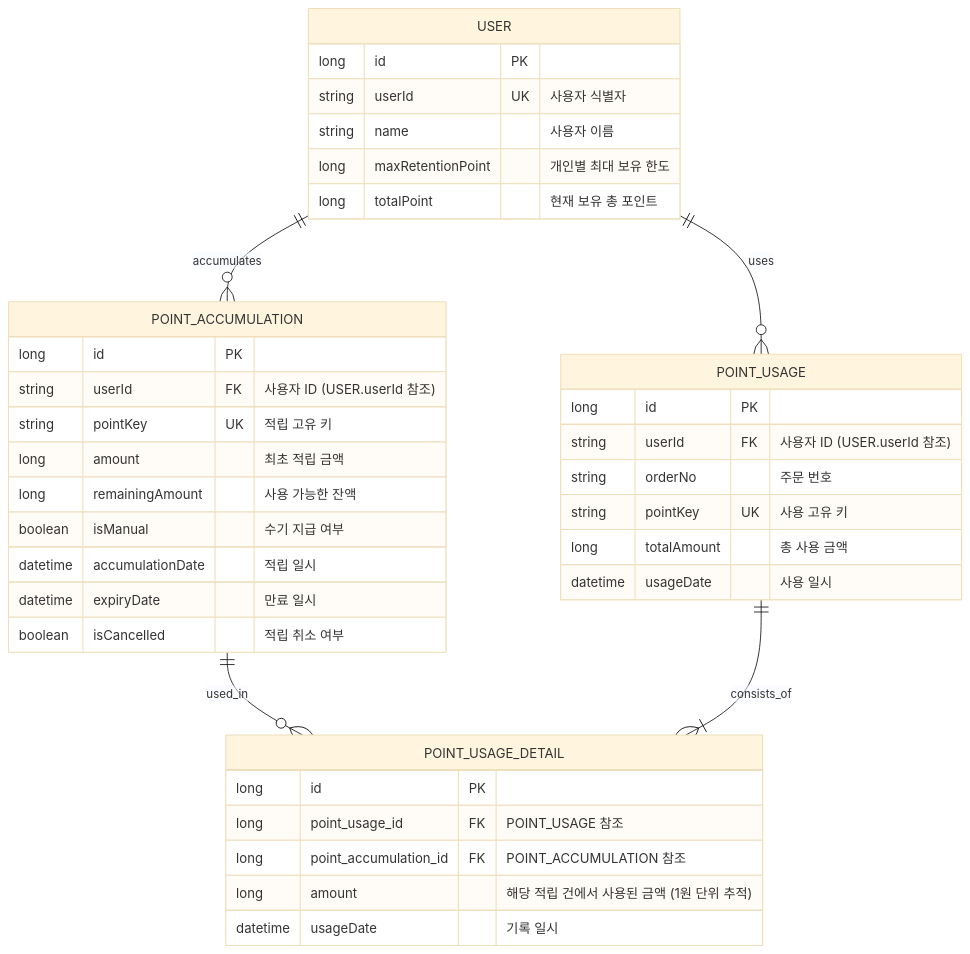
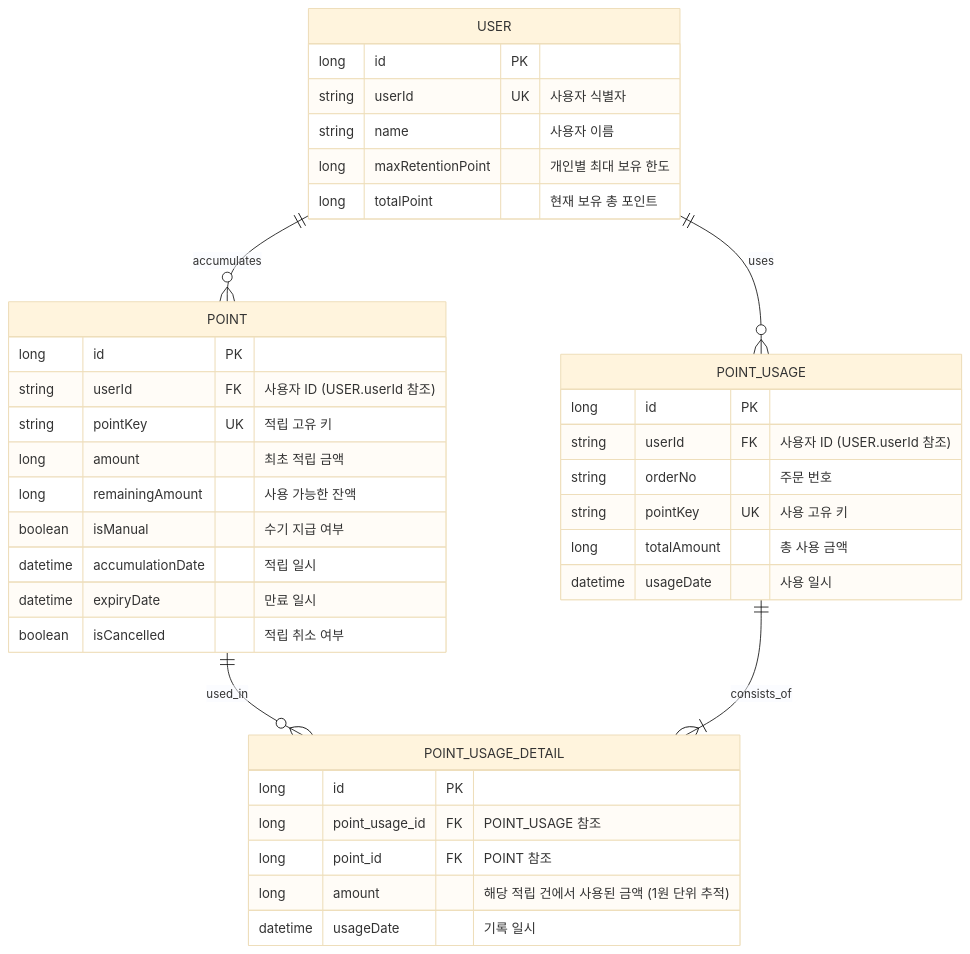
Before and after one commit to muzzaiwork/point: the diagram in docs/erd.md, drawn with Mermaid (base theme). The commit also changed other lines of this file and 8 other files, not shown here.

Commit message:
Rename PointAccumulation to Point and update related references

````diff
--- a/docs/erd.md
+++ b/docs/erd.md
@@ -5,44 +5,44 @@
 ```mermaid
 erDiagram
-    USER ||--o{ POINT_ACCUMULATION : "accumulates"
+    USER ||--o{ POINT : "accumulates"
     USER ||--o{ POINT_USAGE : "uses"
-    POINT_ACCUMULATION ||--o{ POINT_USAGE_DETAIL : "used_in"
+    POINT ||--o{ POINT_USAGE_DETAIL : "used_in"
     POINT_USAGE ||--|{ POINT_USAGE_DETAIL : "consists_of"
 
     USER {
         long id PK
         string userId UK "사용자 식별자"
         string name "사용자 이름"
         long maxRetentionPoint "개인별 최대 보유 한도"
         long totalPoint "현재 보유 총 포인트"
     }
 
-    POINT_ACCUMULATION {
+    POINT {
         long id PK
         string userId FK "사용자 ID (USER.userId 참조)"
         string pointKey UK "적립 고유 키"
         long amount "최초 적립 금액"
         long remainingAmount "사용 가능한 잔액"
         boolean isManual "수기 지급 여부"
         datetime accumulationDate "적립 일시"
         datetime expiryDate "만료 일시"
         boolean isCancelled "적립 취소 여부"
     }
 
     POINT_USAGE {
         long id PK
         string userId FK "사용자 ID (USER.userId 참조)"
         string orderNo "주문 번호"
         string pointKey UK "사용 고유 키"
         long totalAmount "총 사용 금액"
         datetime usageDate "사용 일시"
     }
 
     POINT_USAGE_DETAIL {
         long id PK
         long point_usage_id FK "POINT_USAGE 참조"
-        long point_accumulation_id FK "POINT_ACCUMULATION 참조"
+        long point_id FK "POINT 참조"
         long amount "해당 적립 건에서 사용된 금액 (1원 단위 추적)"
         datetime usageDate "기록 일시"
     }
 ```
````
